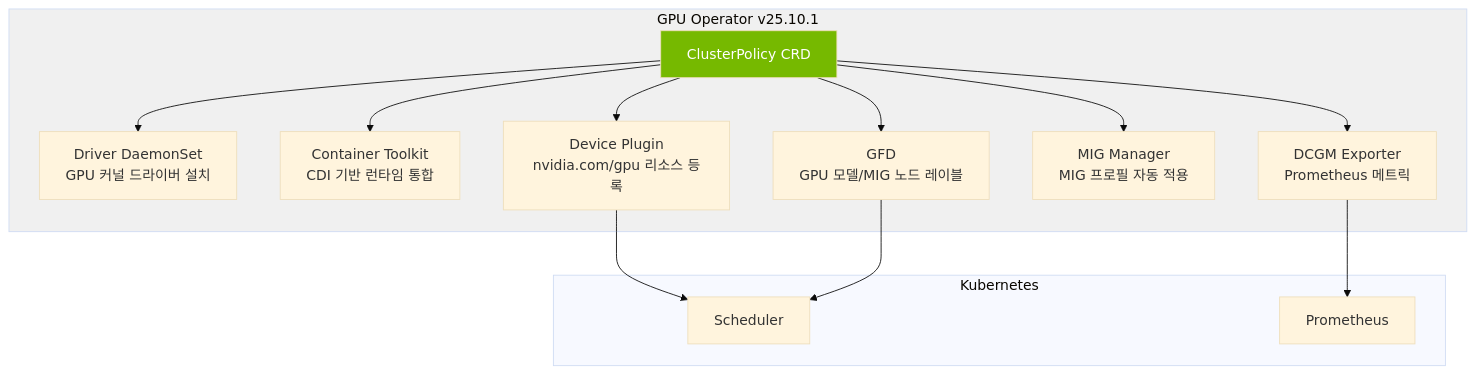
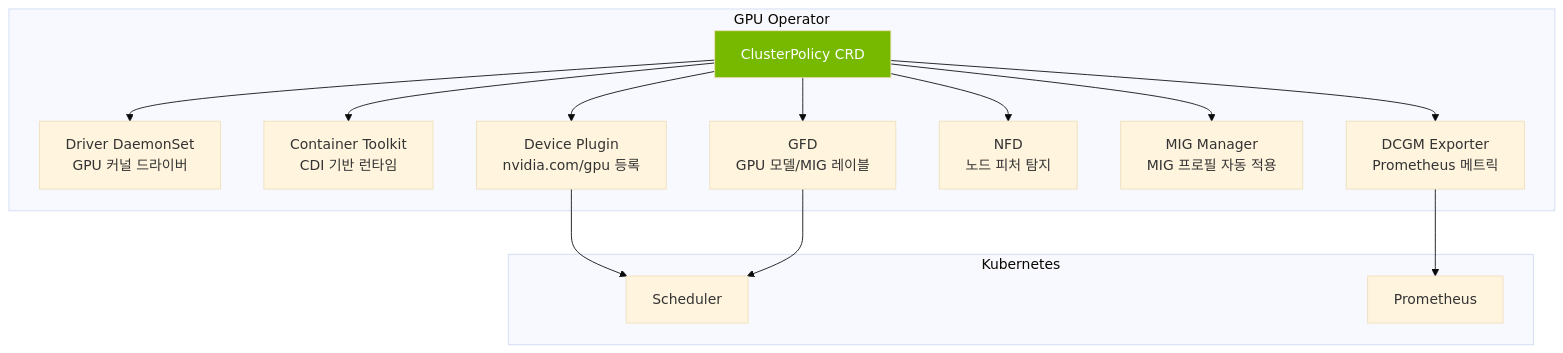
Before and after one commit to devfloor9/engineering-playbook: the first of 2 diagrams in docs/agentic-ai-platform/model-serving/nvidia-gpu-stack.md, drawn with Mermaid (base theme). The commit also changed other lines of this file and 5 other files, not shown here.

````diff
--- a/docs/agentic-ai-platform/model-serving/nvidia-gpu-stack.md
+++ b/docs/agentic-ai-platform/model-serving/nvidia-gpu-stack.md
@@ -125,24 +55,24 @@
 ```mermaid
 flowchart TB
-    subgraph GPUOperator["GPU Operator v25.10.1"]
+    subgraph GPUOperator["GPU Operator"]
         CP["ClusterPolicy CRD"]
-        CP --> DRIVER["Driver DaemonSet<br/>GPU 커널 드라이버 설치"]
-        CP --> TOOLKIT["Container Toolkit<br/>CDI 기반 런타임 통합"]
-        CP --> DP["Device Plugin<br/>nvidia.com/gpu 리소스 등록"]
-        CP --> GFD["GFD<br/>GPU 모델/MIG 노드 레이블"]
+        CP --> DRIVER["Driver DaemonSet<br/>GPU 커널 드라이버"]
+        CP --> TOOLKIT["Container Toolkit<br/>CDI 기반 런타임"]
+        CP --> DP["Device Plugin<br/>nvidia.com/gpu 등록"]
+        CP --> GFD["GFD<br/>GPU 모델/MIG 레이블"]
+        CP --> NFD["NFD<br/>노드 피처 탐지"]
         CP --> MIG_MGR["MIG Manager<br/>MIG 프로필 자동 적용"]
         CP --> DCGM_E["DCGM Exporter<br/>Prometheus 메트릭"]
     end
 
     subgraph K8s["Kubernetes"]
         SCHED["Scheduler"]
         PROM["Prometheus"]
     end
 
     DP --> SCHED
     GFD --> SCHED
     DCGM_E --> PROM
 
     style CP fill:#76b900,color:#fff
-    style GPUOperator fill:#f0f0f0
 ```
````
